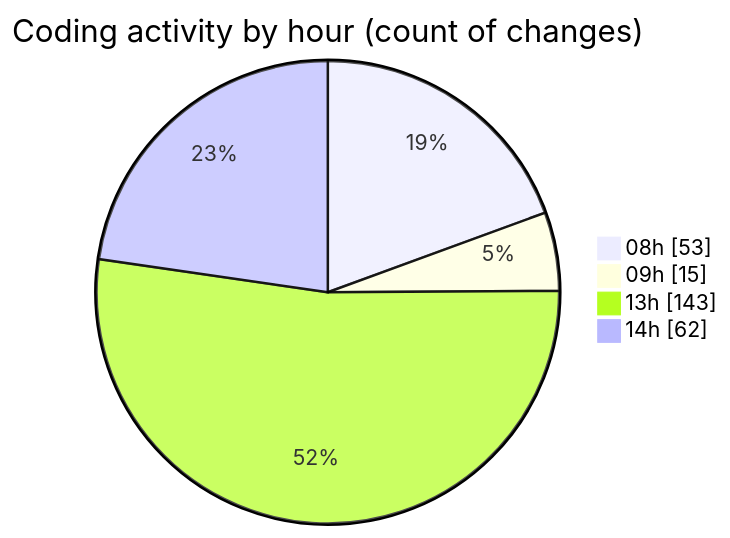
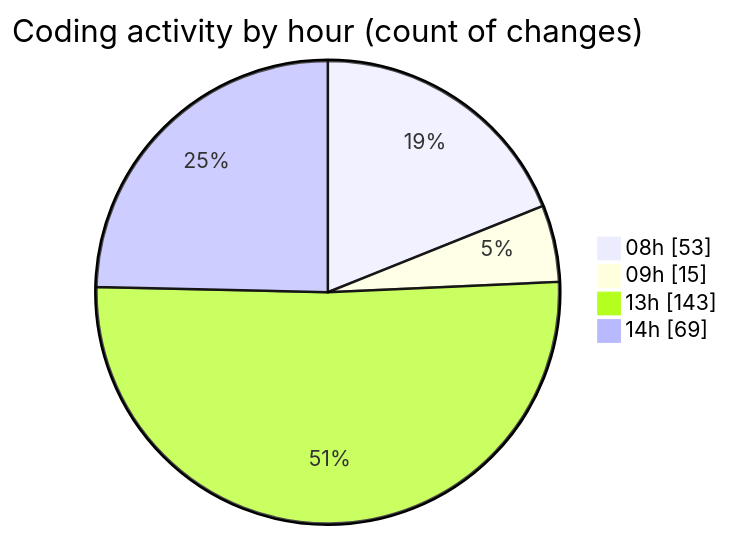
Before and after one commit to momahboobian/code-tracking: the second of 2 diagrams in 2026-05-01/cda/README.md, drawn with Mermaid. The commit also changed other lines of this file and 1 other file, not shown here.

````diff
--- a/2026-05-01/cda/README.md
+++ b/2026-05-01/cda/README.md
@@ -75,8 +75,8 @@
 ```mermaid
 pie showData
 title Coding activity by hour (count of changes)
 "08h" : 53
 "09h" : 15
 "13h" : 143
-"14h" : 62
+"14h" : 69
 ```
````
